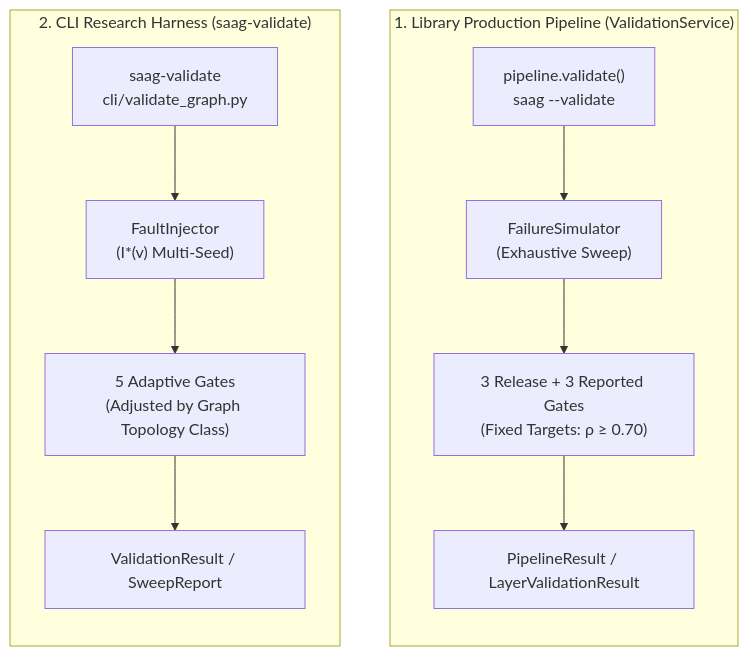
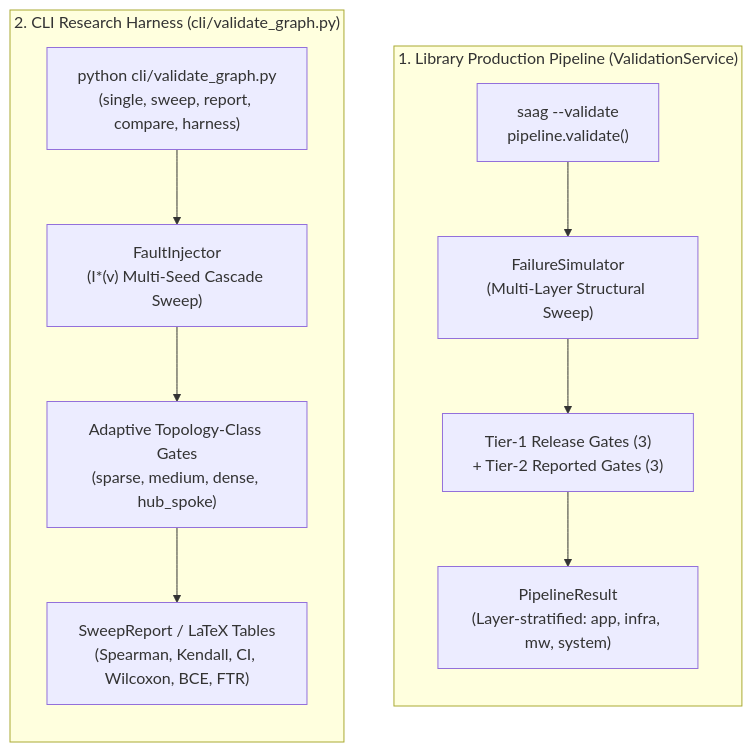
The second of 4 diagrams in docs/validation.md (onuralpyigit/software-as-a-graph), drawn with Mermaid before and after one commit. The commit also changed other lines of this file and 16 other files, not shown here.

````diff
--- a/docs/validation.md
+++ b/docs/validation.md
@@ -78,16 +158,16 @@
 ```mermaid
 flowchart TD
-    subgraph LibPath["1. Library Production Pipeline (ValidationService)"]
+    subgraph Path1["1. Library Production Pipeline (ValidationService)"]
         direction TB
-        L_CMD["pipeline.validate()<br>saag --validate"] --> L_ORC["FailureSimulator<br>(Exhaustive Sweep)"]
-        L_ORC --> L_GATES["3 Release + 3 Reported Gates<br>(Fixed Targets: ρ ≥ 0.70)"]
-        L_GATES --> L_OUT["PipelineResult / LayerValidationResult"]
+        L_CMD["saag --validate<br>pipeline.validate()"] --> L_ORC["FailureSimulator<br>(Multi-Layer Structural Sweep)"]
+        L_ORC --> L_GATES["Tier-1 Release Gates (3)<br>+ Tier-2 Reported Gates (3)"]
+        L_GATES --> L_OUT["PipelineResult<br>(Layer-stratified: app, infra, mw, system)"]
     end
 
-    subgraph CliPath["2. CLI Research Harness (saag-validate)"]
+    subgraph Path2["2. CLI Research Harness (cli/validate_graph.py)"]
         direction TB
-        C_CMD["saag-validate<br>cli/validate_graph.py"] --> C_ORC["FaultInjector<br>(I*(v) Multi-Seed)"]
-        C_ORC --> C_GATES["5 Adaptive Gates<br>(Adjusted by Graph Topology Class)"]
-        C_GATES --> C_OUT["ValidationResult / SweepReport"]
+        C_CMD["python cli/validate_graph.py<br>(single, sweep, report, compare, harness)"] --> C_ORC["FaultInjector<br>(I*(v) Multi-Seed Cascade Sweep)"]
+        C_ORC --> C_GATES["Adaptive Topology-Class Gates<br>(sparse, medium, dense, hub_spoke)"]
+        C_GATES --> C_OUT["SweepReport / LaTeX Tables<br>(Spearman, Kendall, CI, Wilcoxon, BCE, FTR)"]
     end
 ```
````
